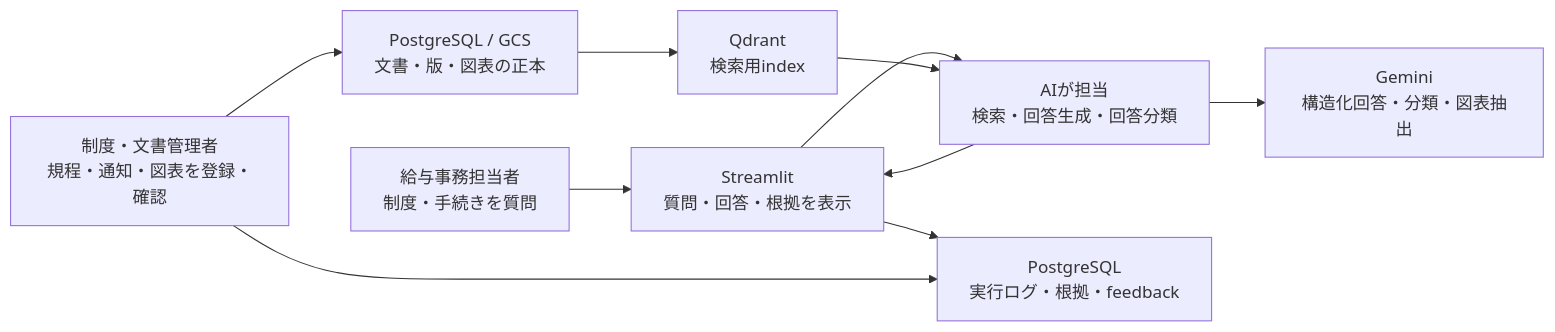
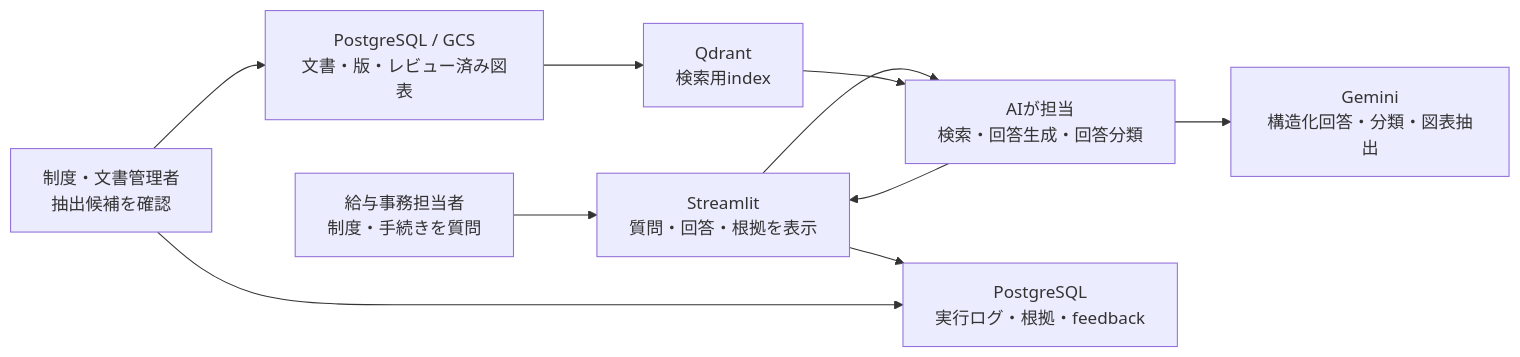
Before and after one commit to toko1970/municipal-rag-assistant: the diagram in README.md, drawn with Mermaid. The commit also changed other lines of this file and 5 other files, not shown here.

````diff
--- a/README.md
+++ b/README.md
@@ -12,12 +12,12 @@
 ```mermaid
 flowchart LR
     USER["給与事務担当者<br/>制度・手続きを質問"] --> UI["Streamlit<br/>質問・回答・根拠を表示"]
-    ADMIN["制度・文書管理者<br/>規程・通知・図表を登録・確認"] --> DOCS["PostgreSQL / GCS<br/>文書・版・図表の正本"]
+    ADMIN["制度・文書管理者<br/>抽出候補を確認"] --> DOCS["PostgreSQL / GCS<br/>文書・版・レビュー済み図表"]
     UI --> RAG["AIが担当<br/>検索・回答生成・回答分類"]
     DOCS --> INDEX["Qdrant<br/>検索用index"]
     INDEX --> RAG
     RAG --> GEMINI["Gemini<br/>構造化回答・分類・図表抽出"]
     RAG --> UI
     UI --> LOGS["PostgreSQL<br/>実行ログ・根拠・feedback"]
     ADMIN --> LOGS
 ```
````
